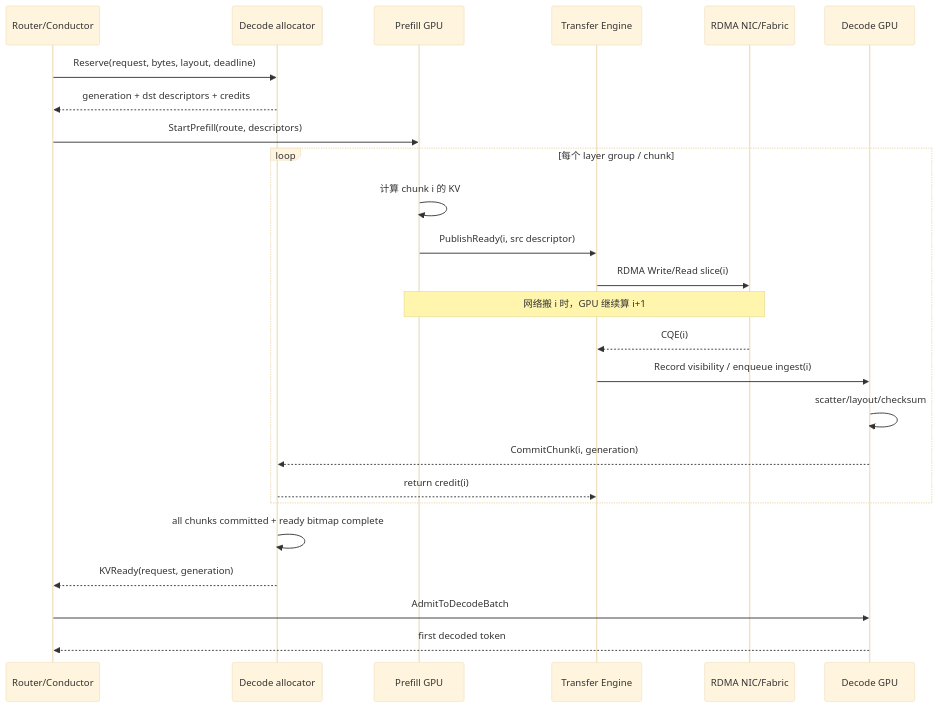
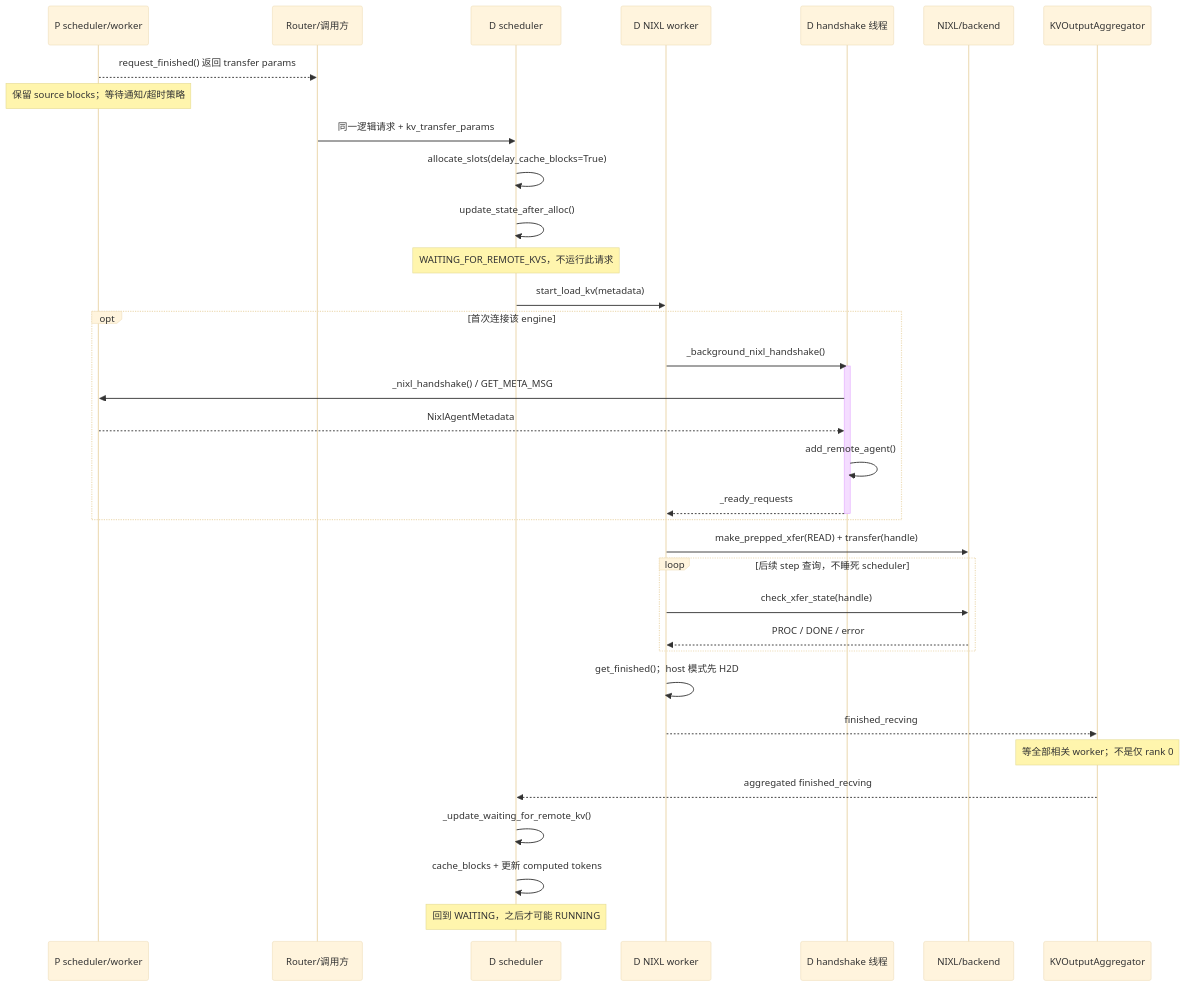
The diagram in 8.高性能存储/8. AI GPU 数据路径/8.16 PD 分离（Prefill-Decode Disaggregation）下的 KV Cache 网络传输架构.md (495229520/obsidian_notes), drawn with Mermaid (base theme) before and after one commit. The commit also changed other lines of this file and 134 other files, not shown here.

Commit message:
Update study notes and diagrams

````diff
--- a/8.高性能存储/8. AI GPU 数据路径/8.16 PD 分离（Prefill-Decode Disaggregation）下的 KV Cache 网络传输架构.md
+++ b/8.高性能存储/8. AI GPU 数据路径/8.16 PD 分离（Prefill-Decode Disaggregation）下的 KV Cache 网络传输架构.md
@@ -285,30 +93,38 @@
 ```mermaid
 sequenceDiagram
-    participant R as Router/Conductor
-    participant D as Decode allocator
-    participant P as Prefill GPU
-    participant X as Transfer Engine
-    participant N as RDMA NIC/Fabric
-    participant G as Decode GPU
-
-    R->>D: Reserve(request, bytes, layout, deadline)
-    D-->>R: generation + dst descriptors + credits
-    R->>P: StartPrefill(route, descriptors)
-
-    loop 每个 layer group / chunk
-        P->>P: 计算 chunk i 的 KV
-        P->>X: PublishReady(i, src descriptor)
-        X->>N: RDMA Write/Read slice(i)
-        Note over P,N: 网络搬 i 时，GPU 继续算 i+1
-        N-->>X: CQE(i)
-        X->>G: Record visibility / enqueue ingest(i)
-        G->>G: scatter/layout/checksum
-        G-->>D: CommitChunk(i, generation)
-        D-->>X: return credit(i)
+    participant P as P scheduler/worker
+    participant R as Router/调用方
+    participant D as D scheduler
+    participant W as D NIXL worker
+    participant H as D handshake 线程
+    participant X as NIXL/backend
+    participant A as KVOutputAggregator
+    P-->>R: request_finished() 返回 transfer params
+    Note over P: 保留 source blocks；等待通知/超时策略
+    R->>D: 同一逻辑请求 + kv_transfer_params
+    D->>D: allocate_slots(delay_cache_blocks=True)
+    D->>D: update_state_after_alloc()
+    Note over D: WAITING_FOR_REMOTE_KVS，不运行此请求
+    D->>W: start_load_kv(metadata)
+    opt 首次连接该 engine
+        W->>H: _background_nixl_handshake()
+        activate H
+        H->>P: _nixl_handshake() / GET_META_MSG
+        P-->>H: NixlAgentMetadata
+        H->>H: add_remote_agent()
+        H-->>W: _ready_requests
+        deactivate H
     end
-
-    D->>D: all chunks committed + ready bitmap complete
-    D-->>R: KVReady(request, generation)
-    R->>G: AdmitToDecodeBatch
-    G-->>R: first decoded token
+    W->>X: make_prepped_xfer(READ) + transfer(handle)
+    loop 后续 step 查询，不睡死 scheduler
+        W->>X: check_xfer_state(handle)
+        X-->>W: PROC / DONE / error
+    end
+    W->>W: get_finished()；host 模式先 H2D
+    W-->>A: finished_recving
+    Note over A: 等全部相关 worker；不是仅 rank 0
+    A-->>D: aggregated finished_recving
+    D->>D: _update_waiting_for_remote_kv()
+    D->>D: cache_blocks + 更新 computed tokens
+    Note over D: 回到 WAITING，之后才可能 RUNNING
 ```
````
